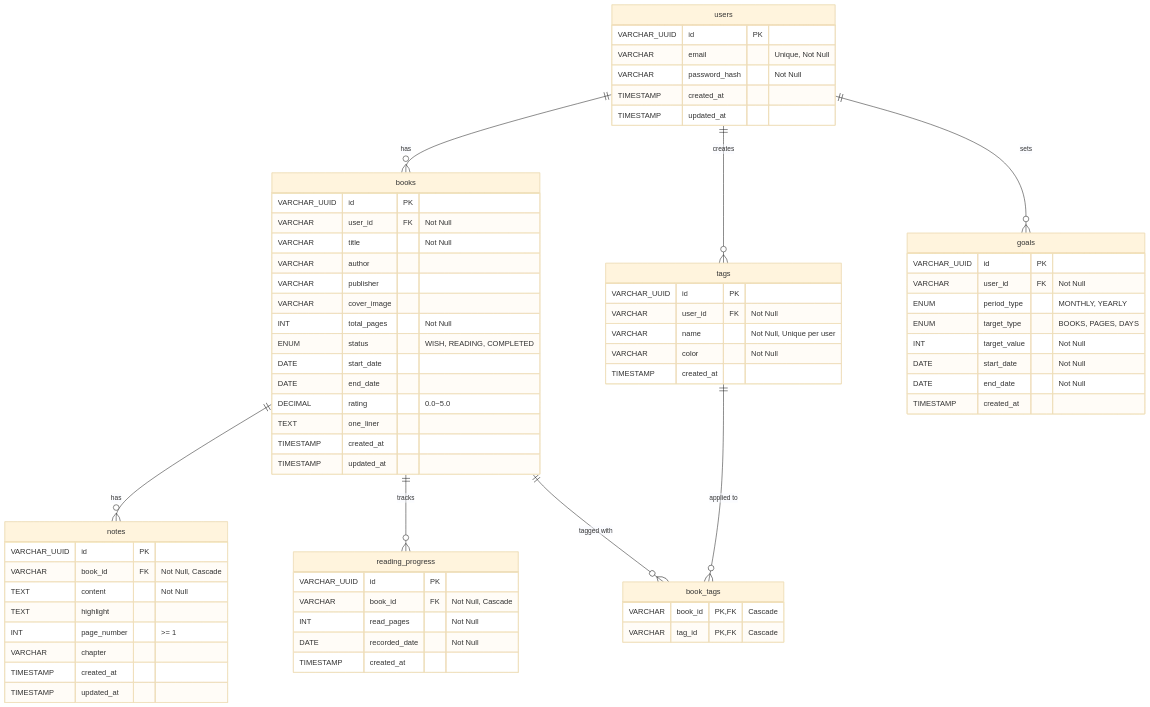
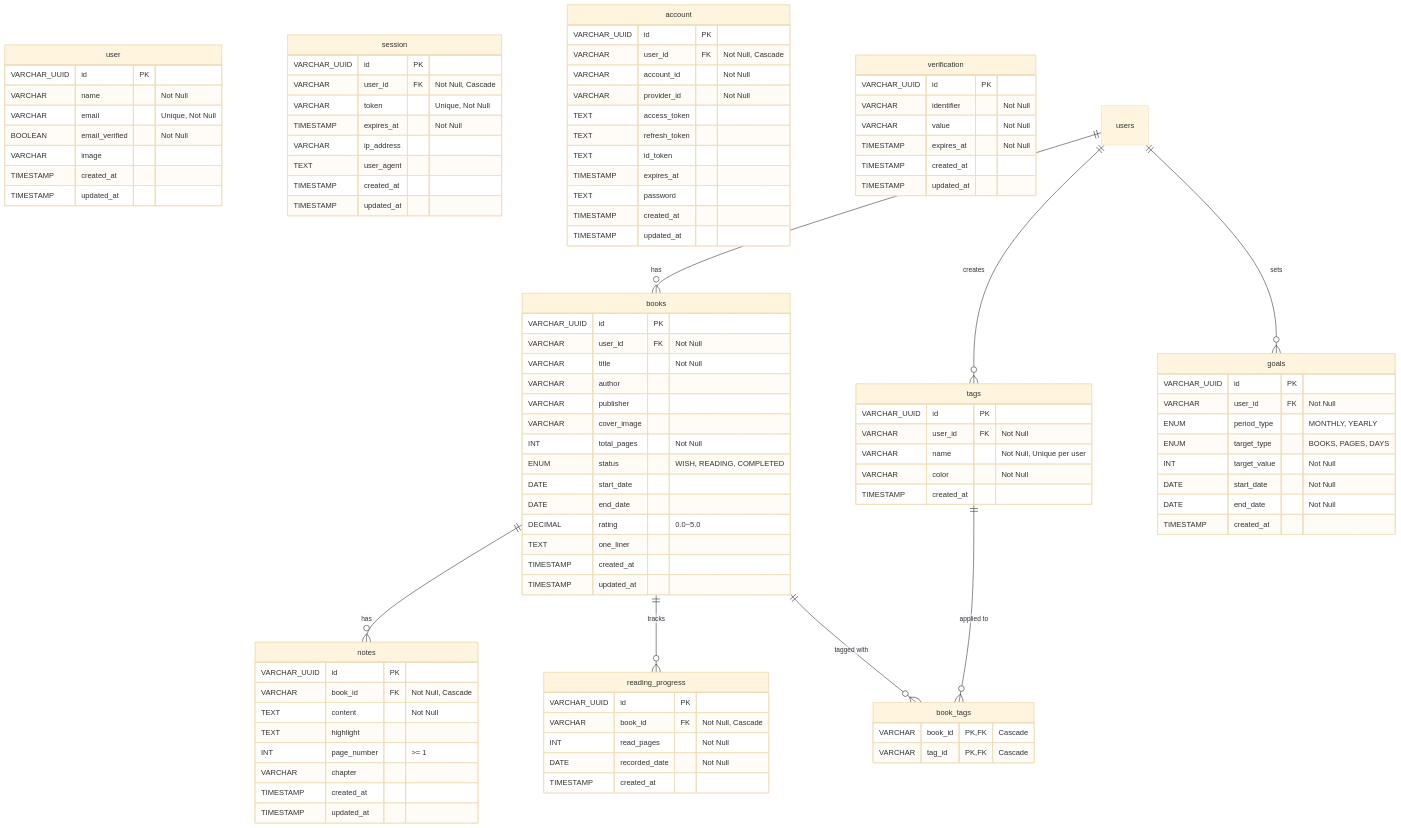
Before and after one commit to sckroll/nextjs-mariadb-sample: the second of 2 diagrams in docs/TRD.md, drawn with Mermaid (base theme). The commit also changed other lines of this file and 1 other file, not shown here.

Commit message:
docs: update TRD and AGENTS.md with current tech stack and guidelines

````diff
--- a/docs/TRD.md
+++ b/docs/TRD.md
@@ -62,9 +62,45 @@
 ```mermaid
 erDiagram
-    users {
+    user {
         VARCHAR_UUID id PK
+        VARCHAR name "Not Null"
         VARCHAR email "Unique, Not Null"
-        VARCHAR password_hash "Not Null"
+        BOOLEAN email_verified "Not Null"
+        VARCHAR image
+        TIMESTAMP created_at
+        TIMESTAMP updated_at
+    }
+
+    session {
+        VARCHAR_UUID id PK
+        VARCHAR user_id FK "Not Null, Cascade"
+        VARCHAR token "Unique, Not Null"
+        TIMESTAMP expires_at "Not Null"
+        VARCHAR ip_address
+        TEXT user_agent
+        TIMESTAMP created_at
+        TIMESTAMP updated_at
+    }
+
+    account {
+        VARCHAR_UUID id PK
+        VARCHAR user_id FK "Not Null, Cascade"
+        VARCHAR account_id "Not Null"
+        VARCHAR provider_id "Not Null"
+        TEXT access_token
+        TEXT refresh_token
+        TEXT id_token
+        TIMESTAMP expires_at
+        TEXT password
+        TIMESTAMP created_at
+        TIMESTAMP updated_at
+    }
+
+    verification {
+        VARCHAR_UUID id PK
+        VARCHAR identifier "Not Null"
+        VARCHAR value "Not Null"
+        TIMESTAMP expires_at "Not Null"
         TIMESTAMP created_at
         TIMESTAMP updated_at
     }
````
